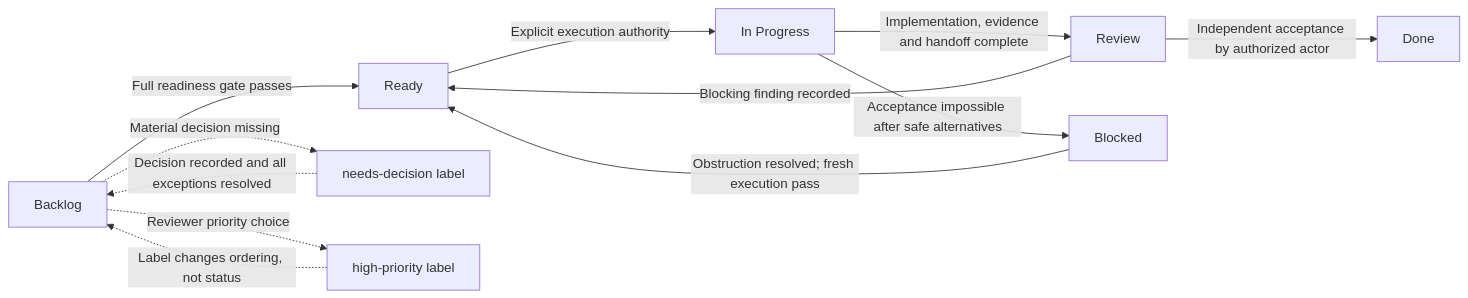
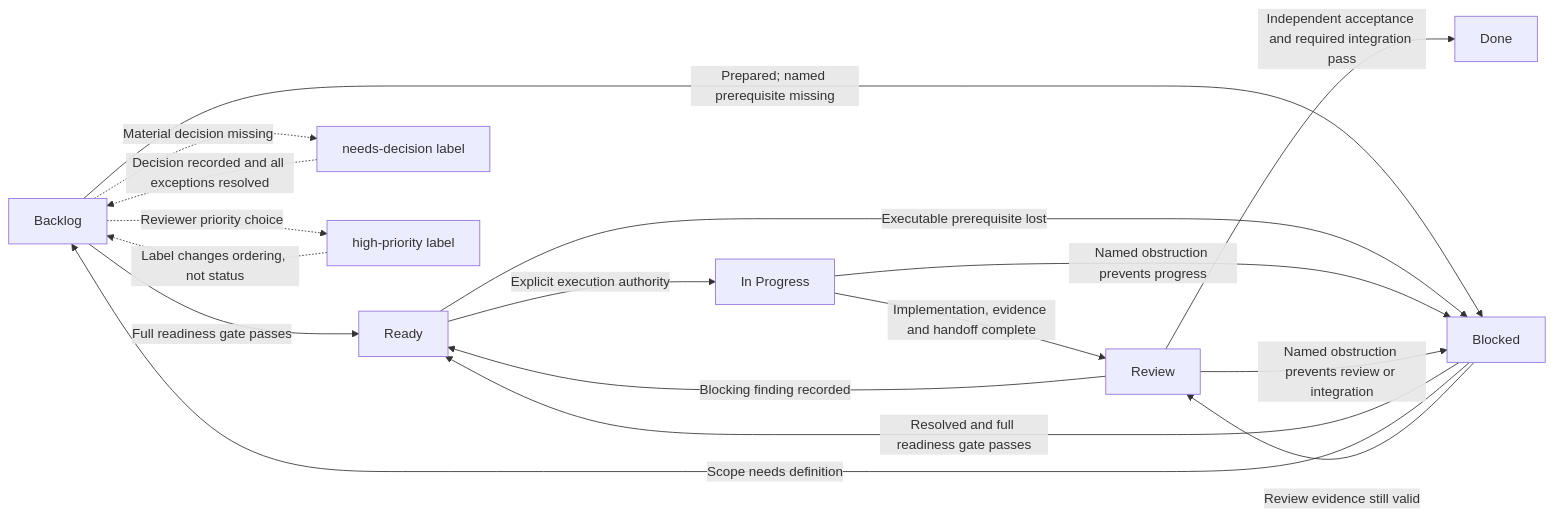
Before and after one commit to SwitchOCE/Switchflow: the third of 3 diagrams in template/backlog/docs/doc-06 - Workflow-diagrams.md, drawn with Mermaid. The commit also changed other lines of this file and 21 other files, not shown here.

Commit message:
Clarify workflow statuses and add flow reporting

````diff
--- a/template/backlog/docs/doc-06 - Workflow-diagrams.md
+++ b/template/backlog/docs/doc-06 - Workflow-diagrams.md
@@ -80,14 +80,19 @@
 ```mermaid
 flowchart LR
     B[Backlog] -->|Full readiness gate passes| R[Ready]
     R -->|Explicit execution authority| P[In Progress]
     P -->|Implementation, evidence and handoff complete| V[Review]
-    V -->|Independent acceptance by authorized actor| D[Done]
+    V -->|Independent acceptance and required integration pass| D[Done]
     V -->|Blocking finding recorded| R
-    P -->|Acceptance impossible after safe alternatives| X[Blocked]
-    X -->|Obstruction resolved; fresh execution pass| R
+    B -->|Prepared; named prerequisite missing| X[Blocked]
+    R -->|Executable prerequisite lost| X
+    P -->|Named obstruction prevents progress| X
+    V -->|Named obstruction prevents review or integration| X
+    X -->|Resolved and full readiness gate passes| R
+    X -->|Scope needs definition| B
+    X -->|Review evidence still valid| V
     B -. Material decision missing .-> N[needs-decision label]
     N -. Decision recorded and all exceptions resolved .-> B
     B -. Reviewer priority choice .-> H[high-priority label]
     H -. Label changes ordering, not status .-> B
 ```
````
